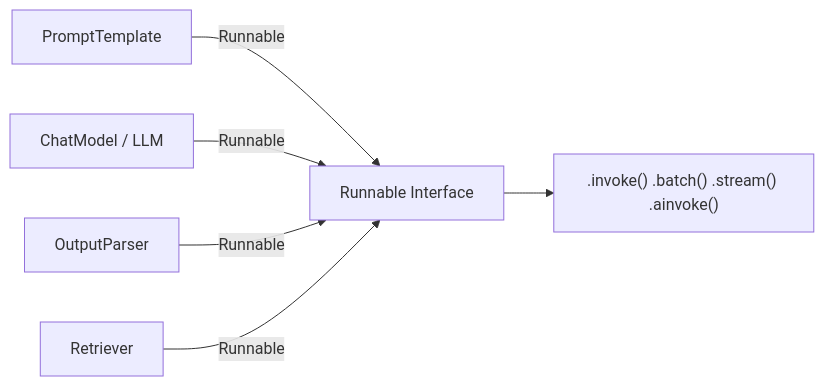
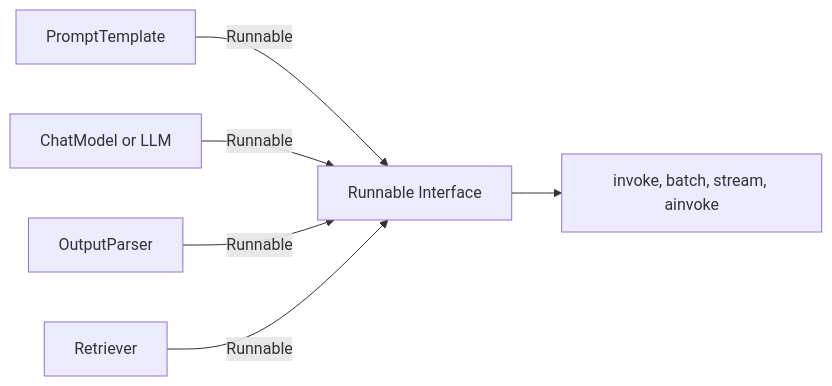
One commit to moosarehan/langchain-integrations-lab changed the first of 2 diagrams in langchain-runnable/README.md. Above: the diagram before and after it, drawn with Mermaid. The commit also changed other lines of this file, not shown here.

````diff
--- a/langchain-runnable/README.md
+++ b/langchain-runnable/README.md
@@ -17,8 +17,8 @@
 ```mermaid
 flowchart LR
-    A[PromptTemplate] -->|Runnable| E[Runnable Interface]
-    B[ChatModel / LLM] -->|Runnable| E
-    C[OutputParser] -->|Runnable| E
-    D[Retriever] -->|Runnable| E
-    E --> F[".invoke() .batch() .stream() .ainvoke()"]
+    A["PromptTemplate"] -->|Runnable| E["Runnable Interface"]
+    B["ChatModel or LLM"] -->|Runnable| E
+    C["OutputParser"] -->|Runnable| E
+    D["Retriever"] -->|Runnable| E
+    E --> F["invoke, batch, stream, ainvoke"]
 ```
````
